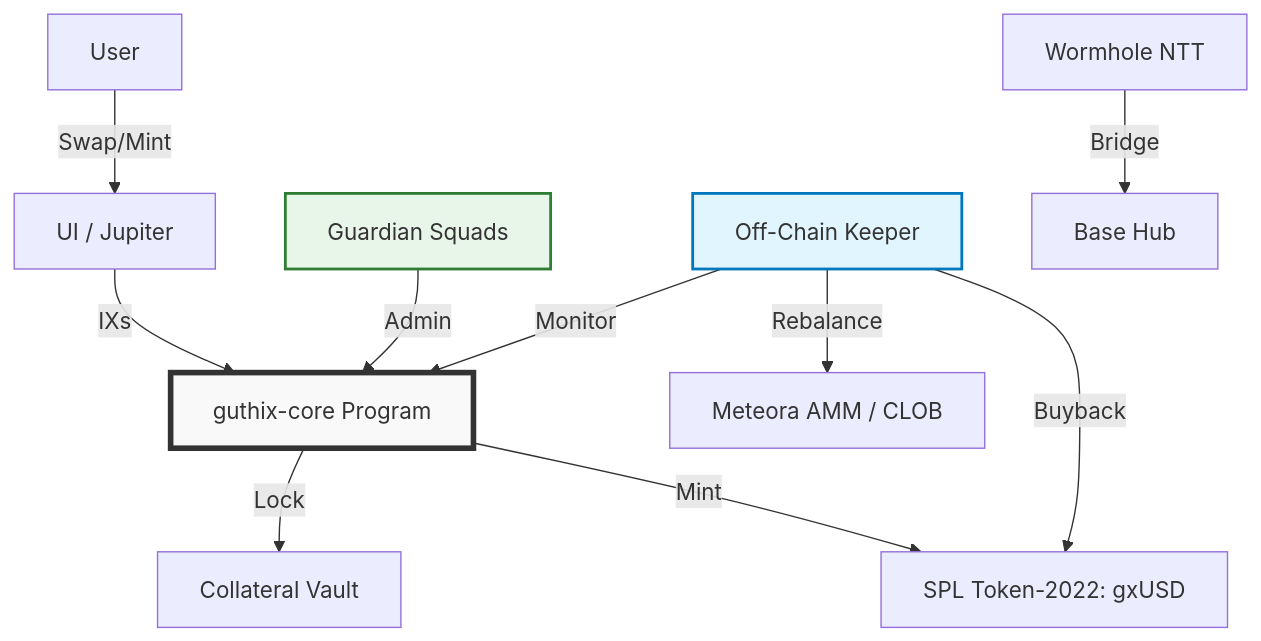
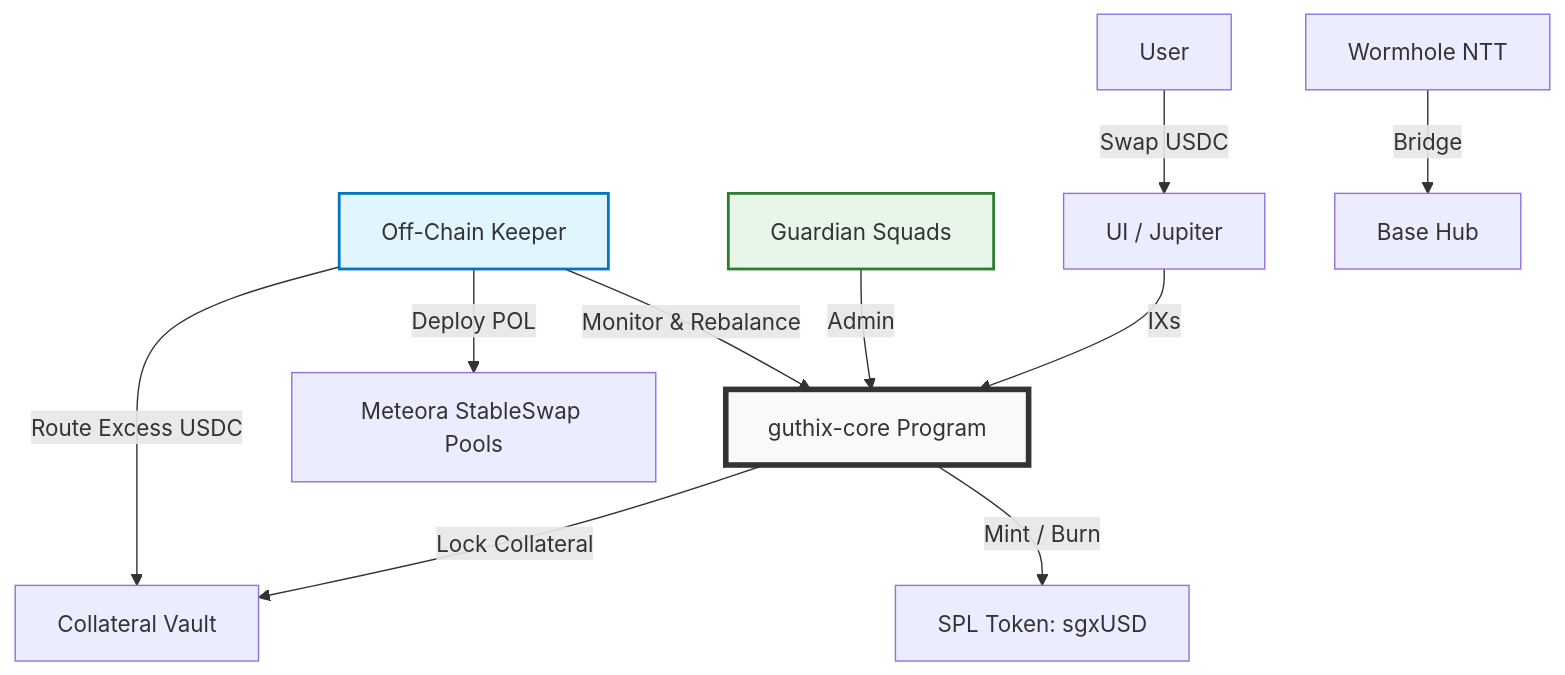
Before and after one commit to RedactedBuilder/guthix: the diagram in litepaper.md, drawn with Mermaid. The commit also changed other lines of this file, not shown here.

First line of the commit message:
Revise litepaper for sgxUSD and protocol updates

````diff
--- a/litepaper.md
+++ b/litepaper.md
@@ -58,19 +64,19 @@
 ```mermaid
 graph TD
-    User[User] -->|Swap/Mint| Interface[UI / Jupiter]
+    User[User] -->|Swap USDC| Interface[UI / Jupiter]
     Interface -->|IXs| Core[guthix-core Program]
-    
-    Core -->|Lock| Vault[Collateral Vault]
-    Core -->|Mint| Token[SPL Token-2022: gxUSD]
-    
+
+    Core -->|Lock Collateral| Vault[Collateral Vault]
+    Core -->|Mint / Burn| Token[SPL Token: sgxUSD]
+
     Guardian[Guardian Squads] -->|Admin| Core
-    Keeper[Off-Chain Keeper] -->|Monitor| Core
-    Keeper -->|Rebalance| Meteora[Meteora AMM / CLOB]
-    Keeper -->|Buyback| Token
-    
+    Keeper[Off-Chain Keeper] -->|Monitor & Rebalance| Core
+    Keeper -->|Deploy POL| Meteora[Meteora StableSwap Pools]
+    Keeper -->|Route Excess USDC| Vault
+
     Wormhole[Wormhole NTT] -->|Bridge| Base[Base Hub]
-    
+
     style Core fill:#f9f9f9,stroke:#333,stroke-width:4px
     style Keeper fill:#e1f5fe,stroke:#0277bd,stroke-width:2px
     style Guardian fill:#e8f5e9,stroke:#2e7d32,stroke-width:2px
 ```
````
